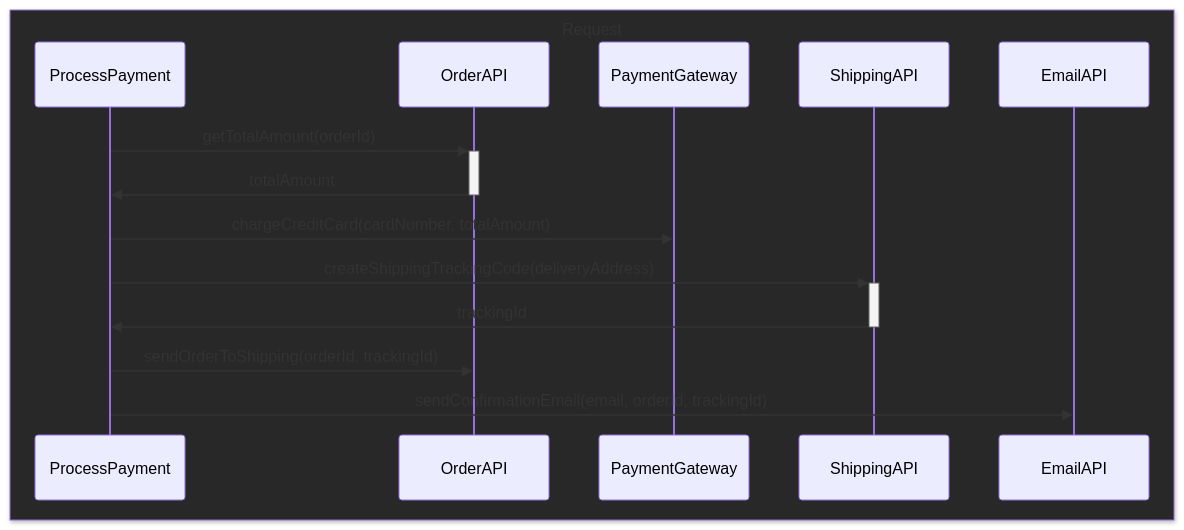
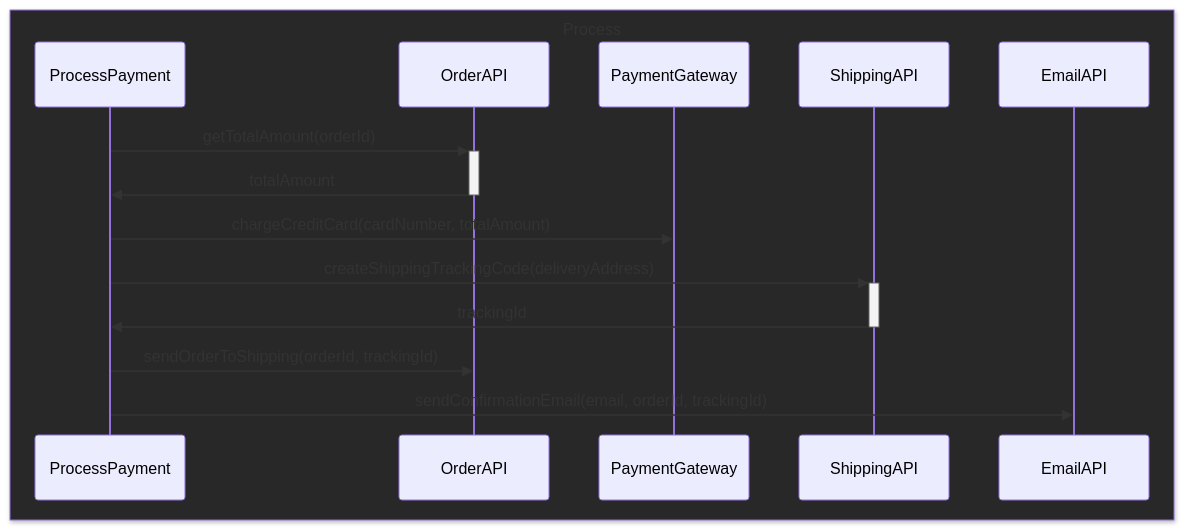
One commit to mattiamanzati/durable-workflows-with-effect-cluster changed the first of 9 diagrams in slides.md. Above: the diagram before and after it, drawn with Mermaid. The commit also changed other lines of this file and 2 other files, not shown here.

````diff
--- a/slides.md
+++ b/slides.md
@@ -170,17 +175,17 @@
 ```mermaid
 sequenceDiagram
-box rgb(40,40,40) Request
+box rgb(40,40,40) Process
 participant ProcessPayment
 participant OrderAPI 
 participant PaymentGateway
 participant ShippingAPI
 participant EmailAPI
 end
 ProcessPayment->>+OrderAPI: getTotalAmount(orderId)
 OrderAPI->>-ProcessPayment: totalAmount
 ProcessPayment->>PaymentGateway: chargeCreditCard(cardNumber, totalAmount)
 ProcessPayment->>+ShippingAPI: createShippingTrackingCode(deliveryAddress)
 ShippingAPI->>-ProcessPayment: trackingId
 ProcessPayment->>OrderAPI: sendOrderToShipping(orderId, trackingId)
 ProcessPayment->>EmailAPI: sendConfirmationEmail(email, orderId, trackingId)
 ```
````
